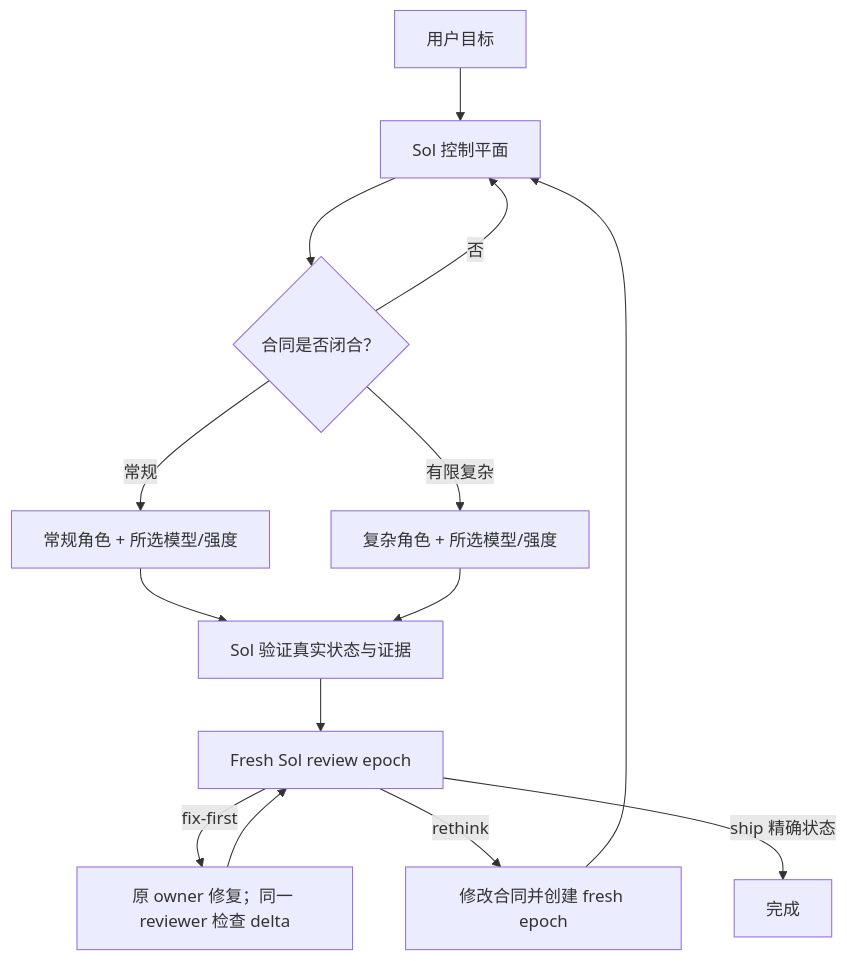
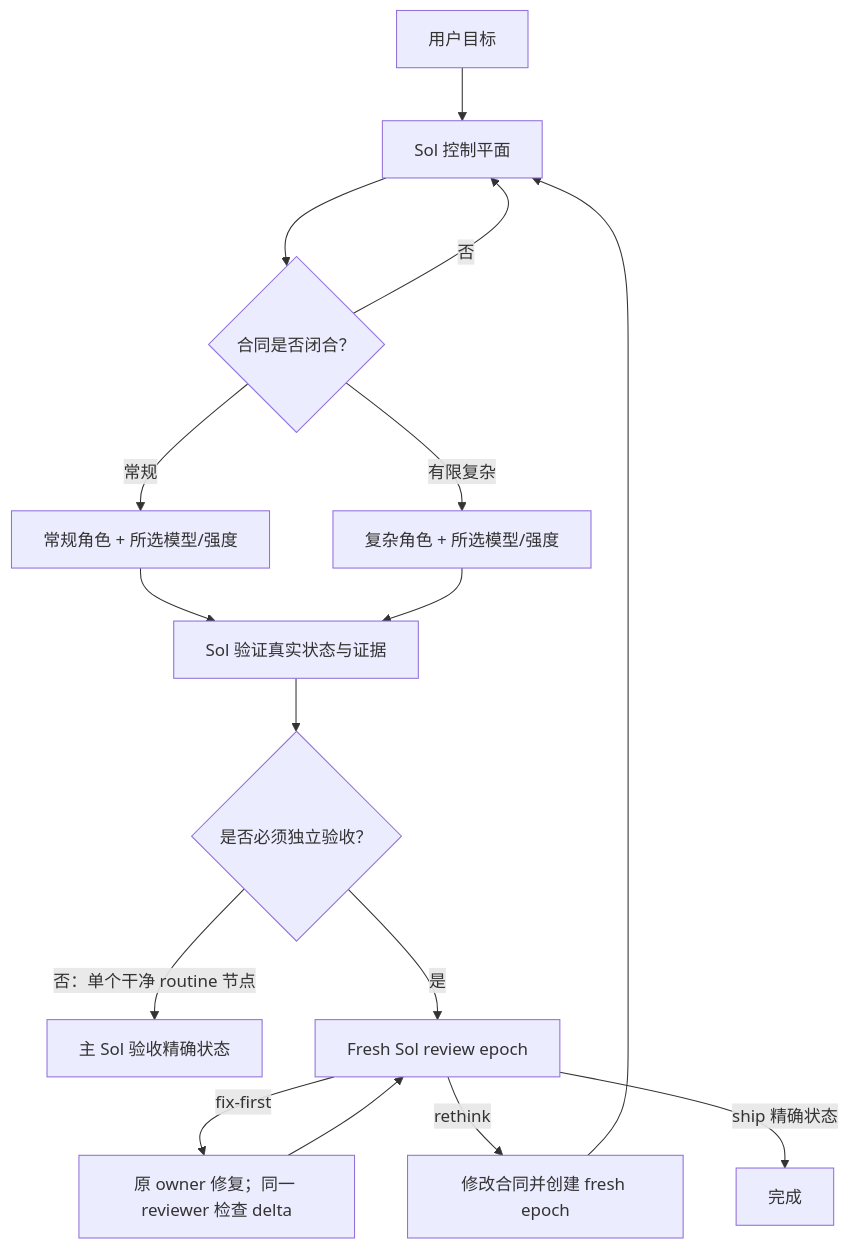
Before and after one commit to KirschBluteX/agent-orchestration-gateway: the diagram in README.zh-CN.md, drawn with Mermaid. The commit also changed other lines of this file and 21 other files, not shown here.

````diff
--- a/README.zh-CN.md
+++ b/README.zh-CN.md
@@ -114,16 +120,18 @@
 ```mermaid
 flowchart TD
     U["用户目标"] --> S["Sol 控制平面"]
     S --> C{"合同是否闭合？"}
     C -->|"否"| S
     C -->|"常规"| L["常规角色 + 所选模型/强度"]
     C -->|"有限复杂"| T["复杂角色 + 所选模型/强度"]
     L --> V["Sol 验证真实状态与证据"]
     T --> V
-    V --> R["Fresh Sol review epoch"]
+    V --> A{"是否必须独立验收？"}
+    A -->|"否：单个干净 routine 节点"| D["主 Sol 验收精确状态"]
+    A -->|"是"| R["Fresh Sol review epoch"]
     R -->|"fix-first"| F["原 owner 修复；同一 reviewer 检查 delta"]
     F --> R
     R -->|"rethink"| N["修改合同并创建 fresh epoch"]
     N --> S
-    R -->|"ship 精确状态"| D["完成"]
+    R -->|"ship 精确状态"| Z["完成"]
 ```
````
